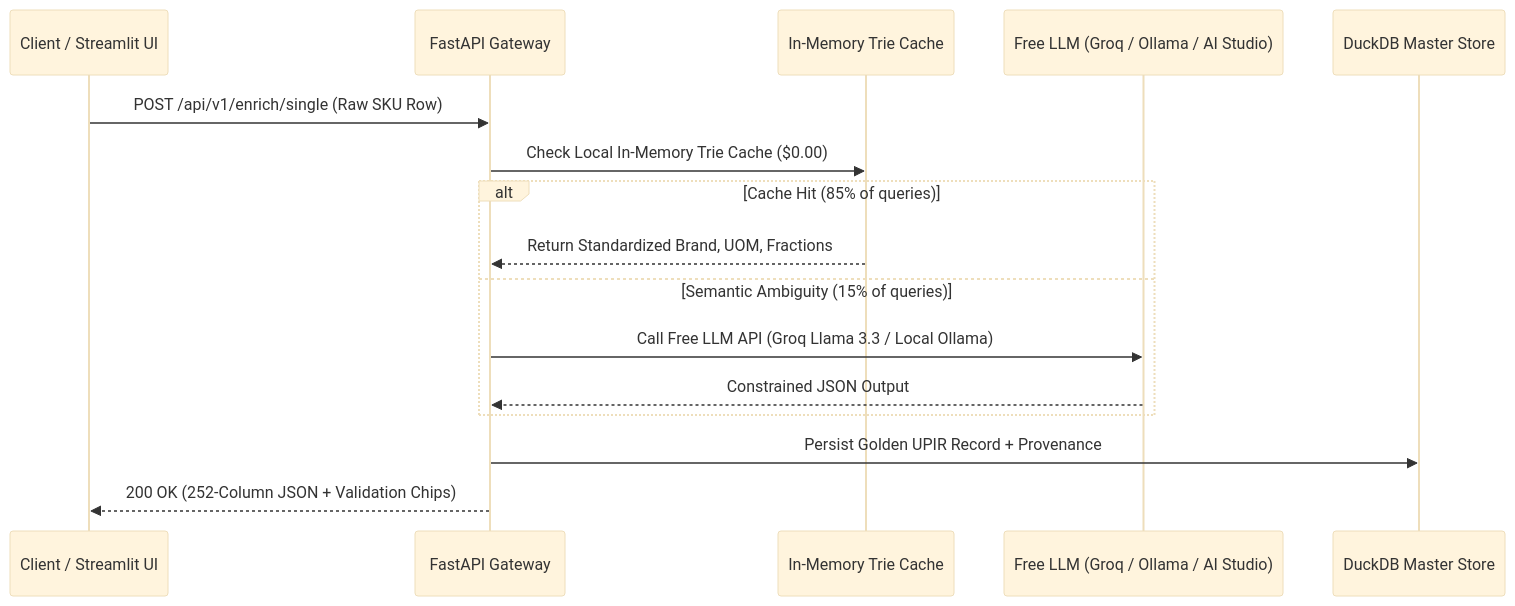
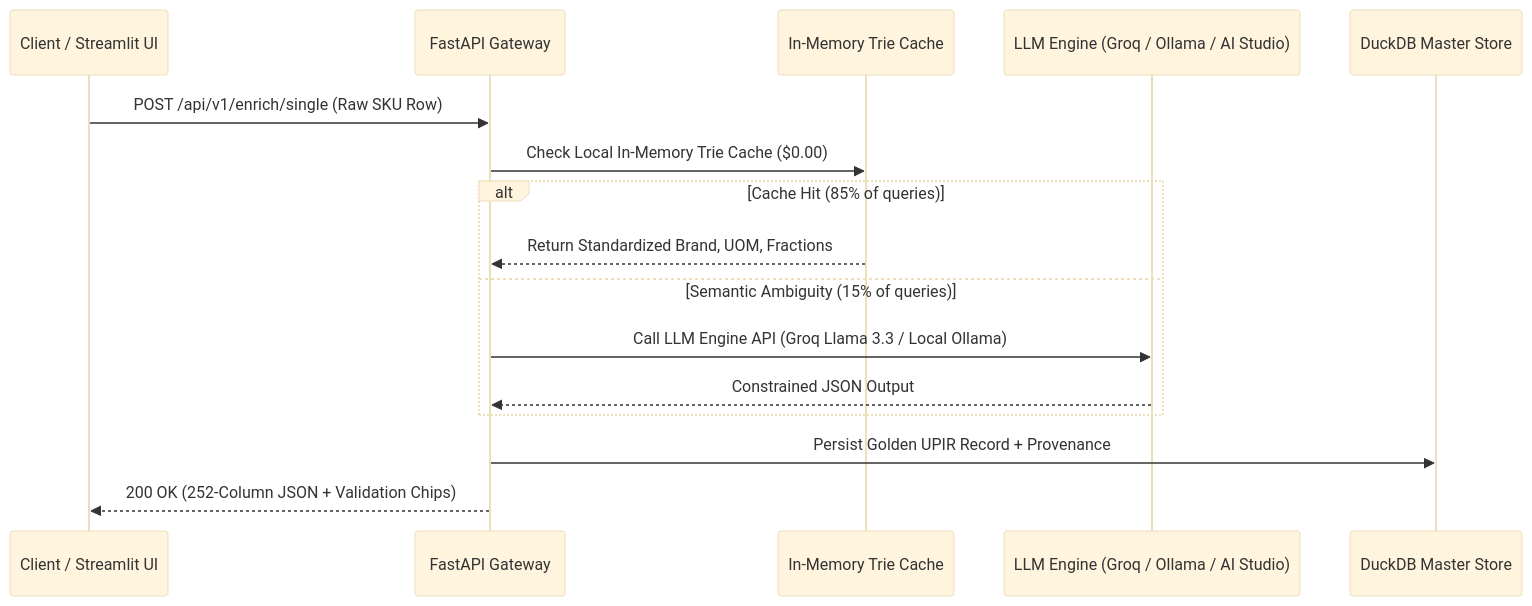
One commit to Adityaraj1969/AI-Powered-Product-Intelligence-for-Industrial-Commerce changed the fourth of 4 diagrams in docs/Design.md. Above: the diagram before and after it, drawn with Mermaid (base theme). The commit also changed other lines of this file and 16 other files, not shown here.

````diff
--- a/docs/Design.md
+++ b/docs/Design.md
@@ -236,19 +236,19 @@
 ```mermaid
 sequenceDiagram
     participant App as Client / Streamlit UI
     participant API as FastAPI Gateway
     participant Cache as In-Memory Trie Cache
-    participant LLM as Free LLM (Groq / Ollama / AI Studio)
+    participant LLM as LLM Engine (Groq / Ollama / AI Studio)
     participant DB as DuckDB Master Store
 
     App->>API: POST /api/v1/enrich/single (Raw SKU Row)
     API->>Cache: Check Local In-Memory Trie Cache ($0.00)
     alt Cache Hit (85% of queries)
         Cache-->>API: Return Standardized Brand, UOM, Fractions
     else Semantic Ambiguity (15% of queries)
-        API->>LLM: Call Free LLM API (Groq Llama 3.3 / Local Ollama)
+        API->>LLM: Call LLM Engine API (Groq Llama 3.3 / Local Ollama)
         LLM-->>API: Constrained JSON Output
     end
     API->>DB: Persist Golden UPIR Record + Provenance
     API-->>App: 200 OK (252-Column JSON + Validation Chips)
 ```
````
